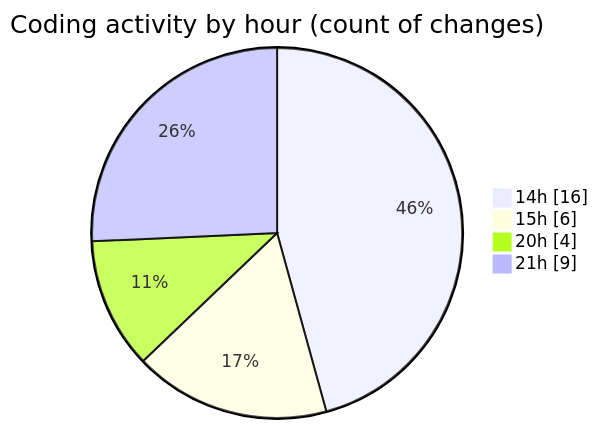
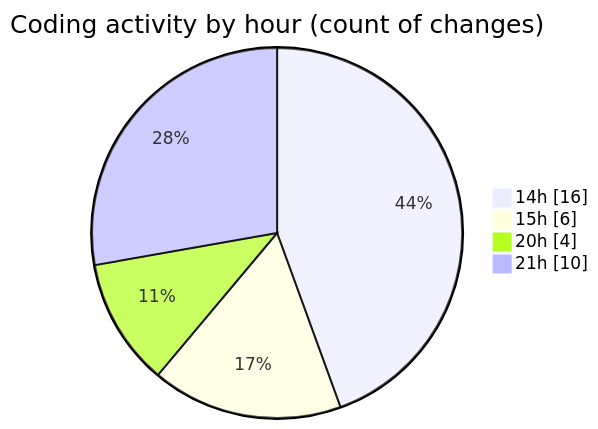
Before and after one commit to momahboobian/code-tracking: the second of 2 diagrams in 2026-09-18/video-downloader/README.md, drawn with Mermaid. The commit also changed other lines of this file and 1 other file, not shown here.

````diff
--- a/2026-09-18/video-downloader/README.md
+++ b/2026-09-18/video-downloader/README.md
@@ -36,8 +36,8 @@
 ```mermaid
 pie showData
 title Coding activity by hour (count of changes)
 "14h" : 16
 "15h" : 6
 "20h" : 4
-"21h" : 9
+"21h" : 10
 ```
````
